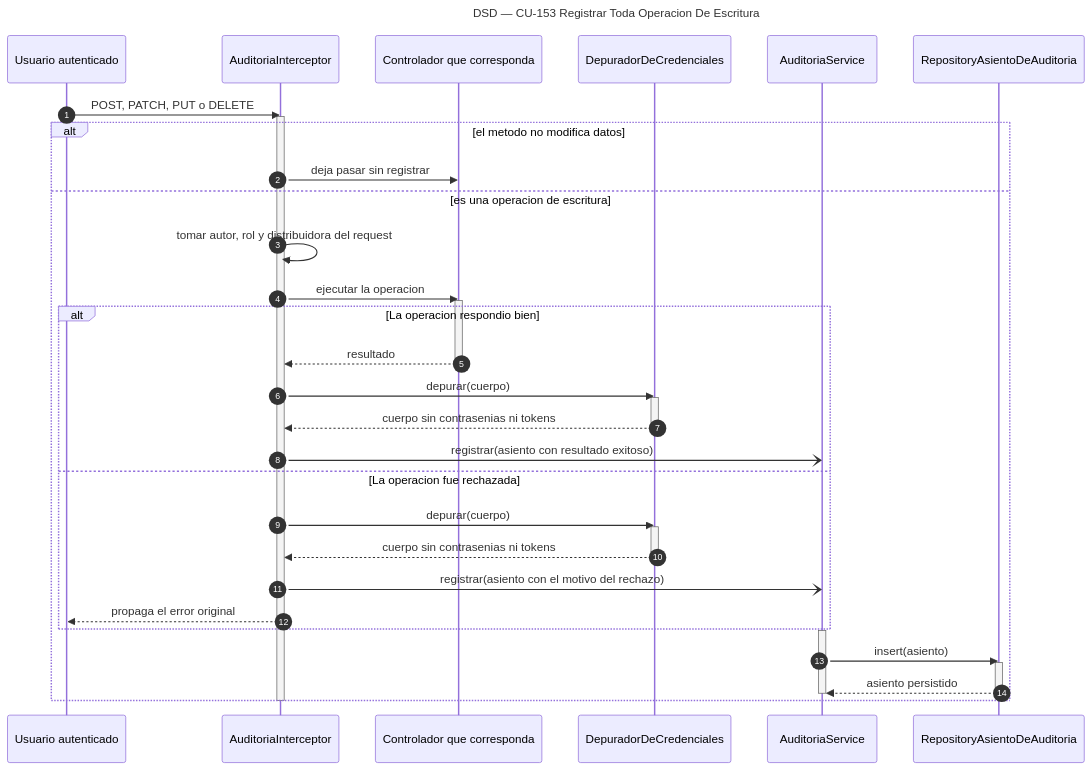
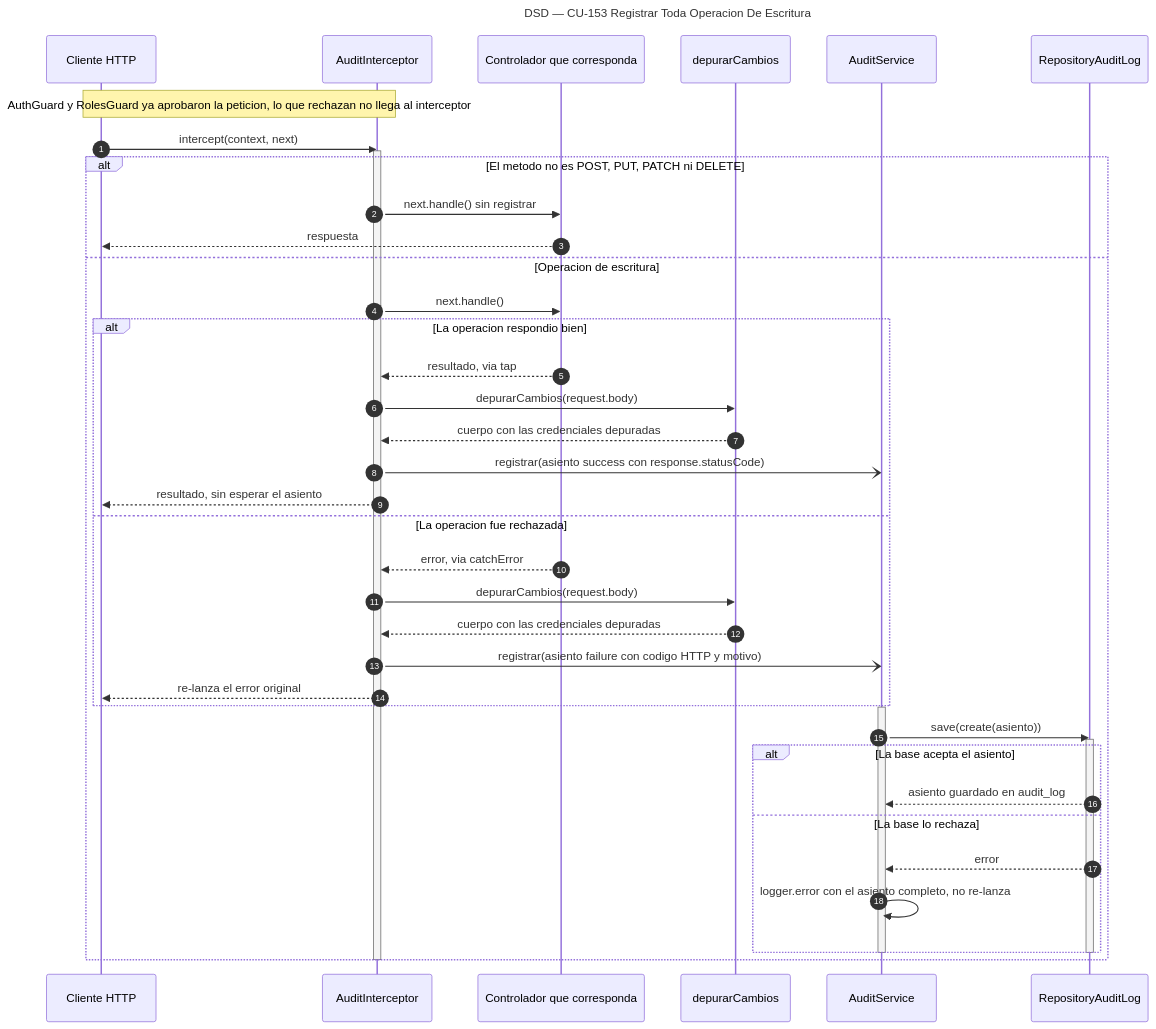
Before and after one commit to Nahuelito-Dev/splg-docs: the diagram in diagramas/DSD_CU-153_Registrar-Toda-Operacion-De-Escritura.mmd, drawn with Mermaid. The commit also changed 15 other files, not shown here.

```diff
--- a/diagramas/DSD_CU-153_Registrar-Toda-Operacion-De-Escritura.mmd
+++ b/diagramas/DSD_CU-153_Registrar-Toda-Operacion-De-Escritura.mmd
@@ -1,42 +1,44 @@
 sequenceDiagram
     title DSD — CU-153 Registrar Toda Operacion De Escritura
     autonumber
-    participant USR as Usuario autenticado
-    participant INT as AuditoriaInterceptor
+    participant USR as Cliente HTTP
+    participant INT as AuditInterceptor
     participant CTRL as Controlador que corresponda
-    participant DEP as DepuradorDeCredenciales
-    participant SRV as AuditoriaService
-    participant REPO as RepositoryAsientoDeAuditoria
+    participant DEP as depurarCambios
+    participant SRV as AuditService
+    participant REPO as RepositoryAuditLog
 
-    USR->>INT: POST, PATCH, PUT o DELETE
+    Note over USR,INT: AuthGuard y RolesGuard ya aprobaron la peticion, lo que rechazan no llega al interceptor
+    USR->>INT: intercept(context, next)
     activate INT
-    alt el metodo no modifica datos
-        INT->>CTRL: deja pasar sin registrar
-    else es una operacion de escritura
-        INT->>INT: tomar autor, rol y distribuidora del request
-        INT->>CTRL: ejecutar la operacion
-        activate CTRL
+    alt El metodo no es POST, PUT, PATCH ni DELETE
+        INT->>CTRL: next.handle() sin registrar
+        CTRL-->>USR: respuesta
+    else Operacion de escritura
+        INT->>CTRL: next.handle()
         alt La operacion respondio bien
-            CTRL-->>INT: resultado
-            deactivate CTRL
-            INT->>DEP: depurar(cuerpo)
-            activate DEP
-            DEP-->>INT: cuerpo sin contrasenias ni tokens
-            deactivate DEP
-            INT-)SRV: registrar(asiento con resultado exitoso)
+            CTRL-->>INT: resultado, via tap
+            INT->>DEP: depurarCambios(request.body)
+            DEP-->>INT: cuerpo con las credenciales depuradas
+            INT-)SRV: registrar(asiento success con response.statusCode)
+            INT-->>USR: resultado, sin esperar el asiento
         else La operacion fue rechazada
-            INT->>DEP: depurar(cuerpo)
-            activate DEP
-            DEP-->>INT: cuerpo sin contrasenias ni tokens
-            deactivate DEP
-            INT-)SRV: registrar(asiento con el motivo del rechazo)
-            INT-->>USR: propaga el error original
+            CTRL-->>INT: error, via catchError
+            INT->>DEP: depurarCambios(request.body)
+            DEP-->>INT: cuerpo con las credenciales depuradas
+            INT-)SRV: registrar(asiento failure con codigo HTTP y motivo)
+            INT-->>USR: re-lanza el error original
         end
         activate SRV
-        SRV->>REPO: insert(asiento)
+        SRV->>REPO: save(create(asiento))
         activate REPO
-        REPO-->>SRV: asiento persistido
+        alt La base acepta el asiento
+            REPO-->>SRV: asiento guardado en audit_log
+        else La base lo rechaza
+            REPO-->>SRV: error
+            SRV->>SRV: logger.error con el asiento completo, no re-lanza
+        end
         deactivate REPO
         deactivate SRV
     end
     deactivate INT
```
